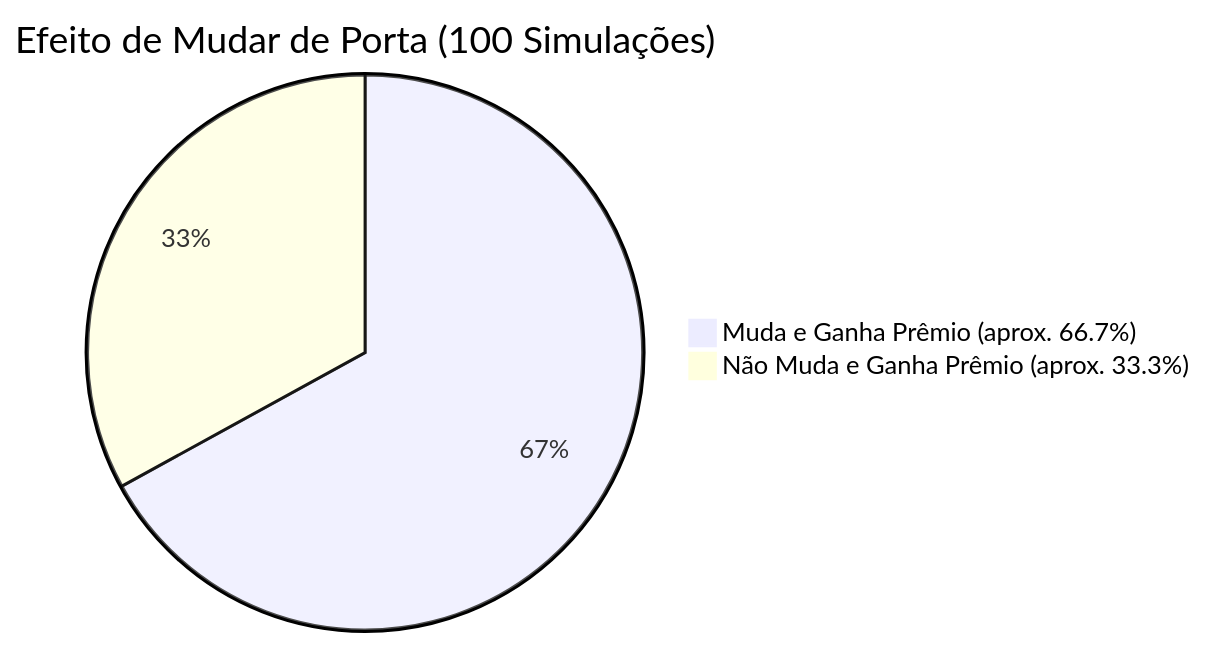
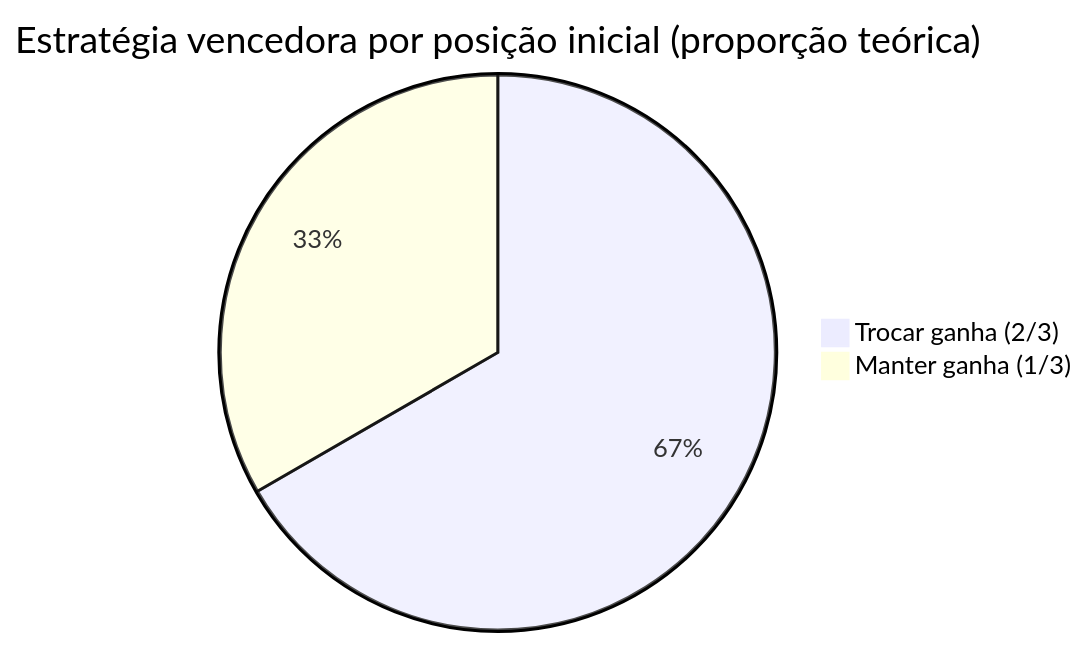
Before and after one commit to kenjinote/blog: the second of 2 diagrams in content/post/モンティ・ホール問題/index.pt.md, drawn with Mermaid. The commit also changed other lines of this file and 8 other files, not shown here.

````diff
--- a/content/post/モンティ・ホール問題/index.pt.md
+++ b/content/post/モンティ・ホール問題/index.pt.md
@@ -161,5 +195,5 @@
 ```mermaid
-pie title Efeito de Mudar de Porta (100 Simulações)
-    "Muda e Ganha Prêmio (aprox. 66.7%)" : 67
-    "Não Muda e Ganha Prêmio (aprox. 33.3%)" : 33
+pie title Estratégia vencedora por posição inicial (proporção teórica)
+    "Trocar ganha (2/3)" : 2
+    "Manter ganha (1/3)" : 1
 ```
````
